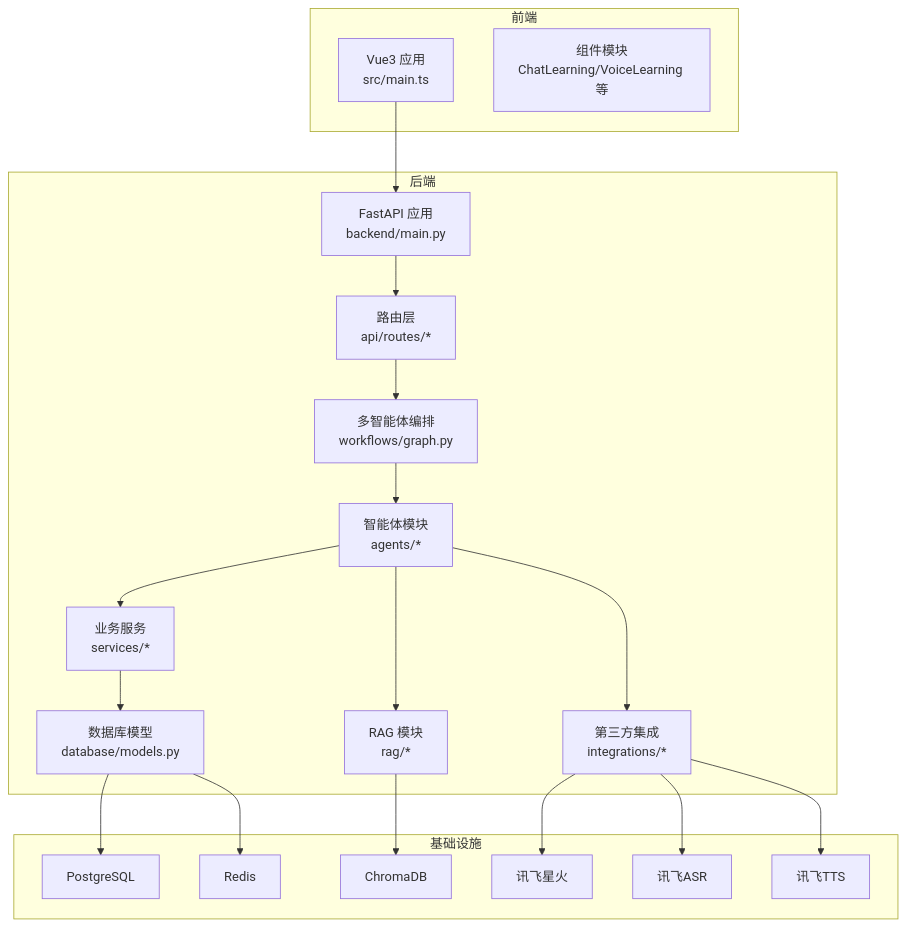
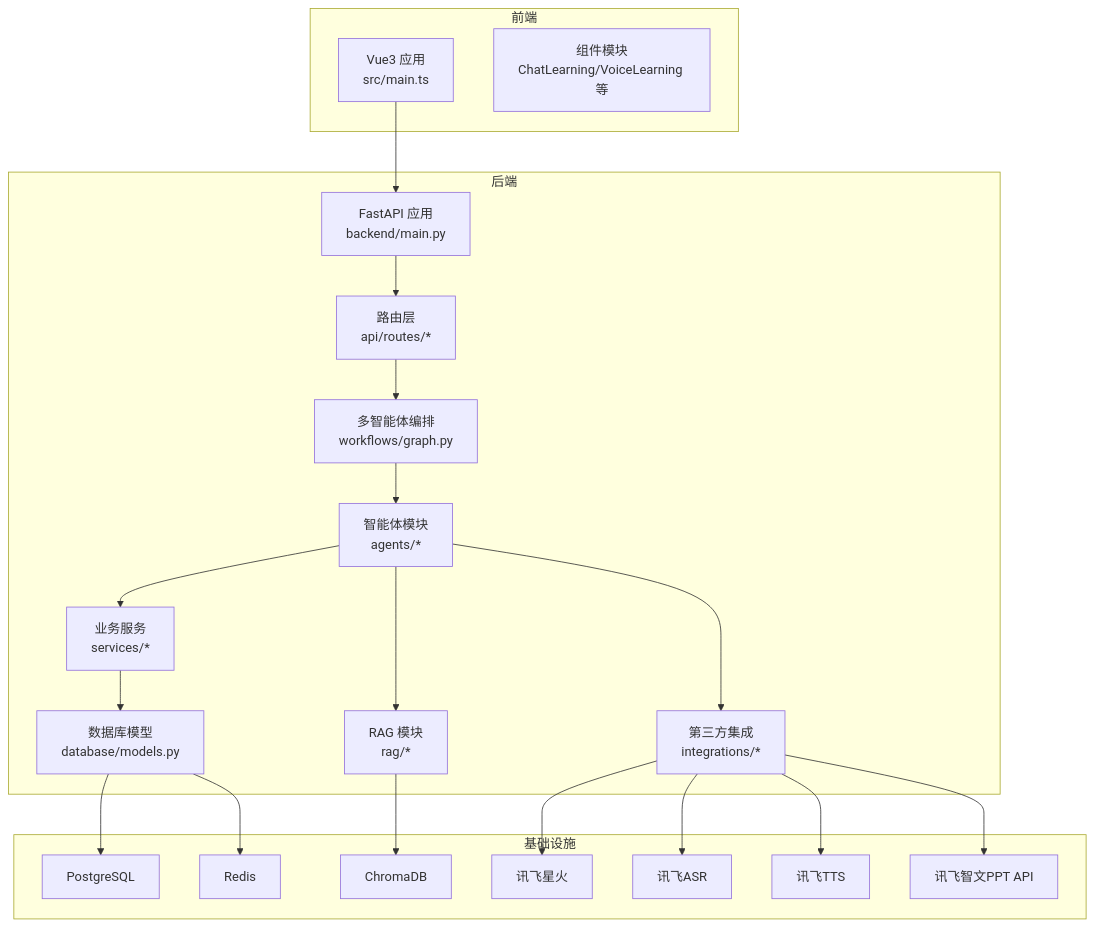
One commit to GZXchina/EduAgent changed the first of 9 diagrams in .qoder/repowiki/zh/content/项目概述/技术架构总览.md. Above: the diagram before and after it, drawn with Mermaid. The commit also changed 53 other files, not shown here.

Commit message:
feat: 思维导图改用 Markmap 交互式渲染 + 多项功能增强

````diff
--- a/.qoder/repowiki/zh/content/项目概述/技术架构总览.md
+++ b/.qoder/repowiki/zh/content/项目概述/技术架构总览.md
@@ -41,39 +41,41 @@
 ```mermaid
 graph TB
 subgraph "前端"
 FE_Vue["Vue3 应用<br/>src/main.ts"]
 FE_UI["组件模块<br/>ChatLearning/VoiceLearning 等"]
 end
 subgraph "后端"
 BE_API["FastAPI 应用<br/>backend/main.py"]
 BE_ROUTES["路由层<br/>api/routes/*"]
 BE_WORKFLOWS["多智能体编排<br/>workflows/graph.py"]
 BE_AGENTS["智能体模块<br/>agents/*"]
 BE_SERVICES["业务服务<br/>services/*"]
 BE_RAG["RAG 模块<br/>rag/*"]
 BE_INTEGRATIONS["第三方集成<br/>integrations/*"]
 BE_DB["数据库模型<br/>database/models.py"]
 end
 subgraph "基础设施"
 INFRA_PG["PostgreSQL"]
 INFRA_REDIS["Redis"]
 INFRA_CHROMA["ChromaDB"]
 INFRA_SPARK["讯飞星火"]
 INFRA_ASR["讯飞ASR"]
 INFRA_TTS["讯飞TTS"]
+INFRA_AIPPT["讯飞智文PPT API"]
 end
 FE_Vue --> BE_API
 BE_API --> BE_ROUTES
 BE_ROUTES --> BE_WORKFLOWS
 BE_WORKFLOWS --> BE_AGENTS
 BE_AGENTS --> BE_SERVICES
 BE_AGENTS --> BE_RAG
 BE_AGENTS --> BE_INTEGRATIONS
 BE_SERVICES --> BE_DB
 BE_RAG --> INFRA_CHROMA
 BE_INTEGRATIONS --> INFRA_SPARK
 BE_INTEGRATIONS --> INFRA_ASR
 BE_INTEGRATIONS --> INFRA_TTS
+BE_INTEGRATIONS --> INFRA_AIPPT
 BE_DB --> INFRA_PG
 BE_DB --> INFRA_REDIS
 ```
````
